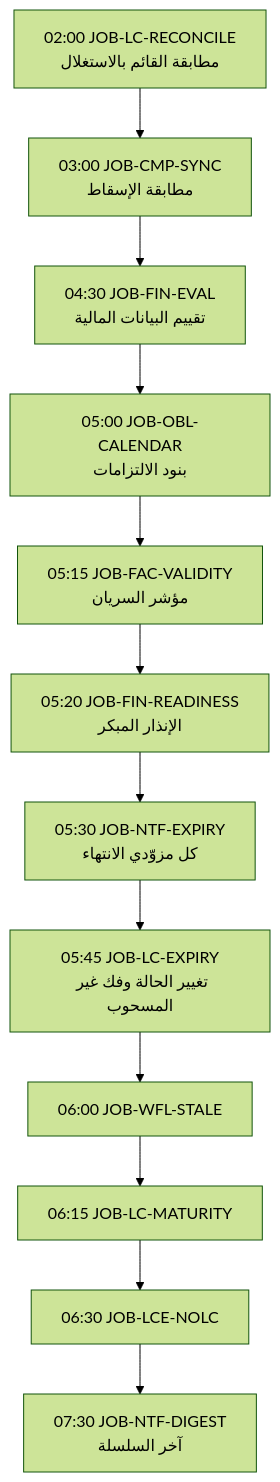
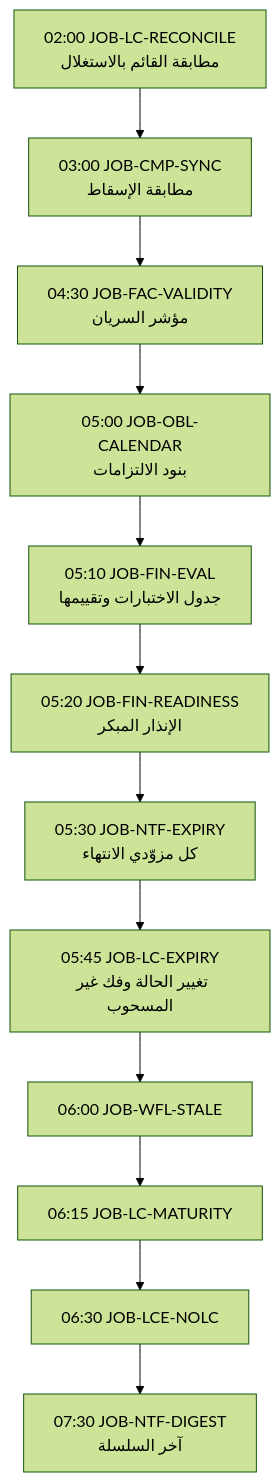
One commit to thawrasy/smartlines changed the third of 6 diagrams in treasury-platform/docs/30-readiness/DOC-F17-async-events-outbox-jobs-notifications.md. Above: the diagram before and after it, drawn with Mermaid (forest theme). The commit also changed other lines of this file and 7 other files, not shown here.

````diff
--- a/treasury-platform/docs/30-readiness/DOC-F17-async-events-outbox-jobs-notifications.md
+++ b/treasury-platform/docs/30-readiness/DOC-F17-async-events-outbox-jobs-notifications.md
@@ -198,16 +198,16 @@
 ```mermaid
 flowchart TB
   A["02:00 JOB-LC-RECONCILE<br/>مطابقة القائم بالاستغلال"]
   B["03:00 JOB-CMP-SYNC<br/>مطابقة الإسقاط"]
-  C["04:30 JOB-FIN-EVAL<br/>تقييم البيانات المالية"]
+  E["04:30 JOB-FAC-VALIDITY<br/>مؤشر السريان"]
   D["05:00 JOB-OBL-CALENDAR<br/>بنود الالتزامات"]
-  E["05:15 JOB-FAC-VALIDITY<br/>مؤشر السريان"]
+  C["05:10 JOB-FIN-EVAL<br/>جدول الاختبارات وتقييمها"]
   E2["05:20 JOB-FIN-READINESS<br/>الإنذار المبكر"]
   F["05:30 JOB-NTF-EXPIRY<br/>كل مزوّدي الانتهاء"]
   G["05:45 JOB-LC-EXPIRY<br/>تغيير الحالة وفك غير المسحوب"]
   H["06:00 JOB-WFL-STALE"]
   I["06:15 JOB-LC-MATURITY"]
   J["06:30 JOB-LCE-NOLC"]
   K["07:30 JOB-NTF-DIGEST<br/>آخر السلسلة"]
-  A --> B --> C --> D --> E --> E2 --> F --> G --> H --> I --> J --> K
+  A --> B --> E --> D --> C --> E2 --> F --> G --> H --> I --> J --> K
 ```
````
